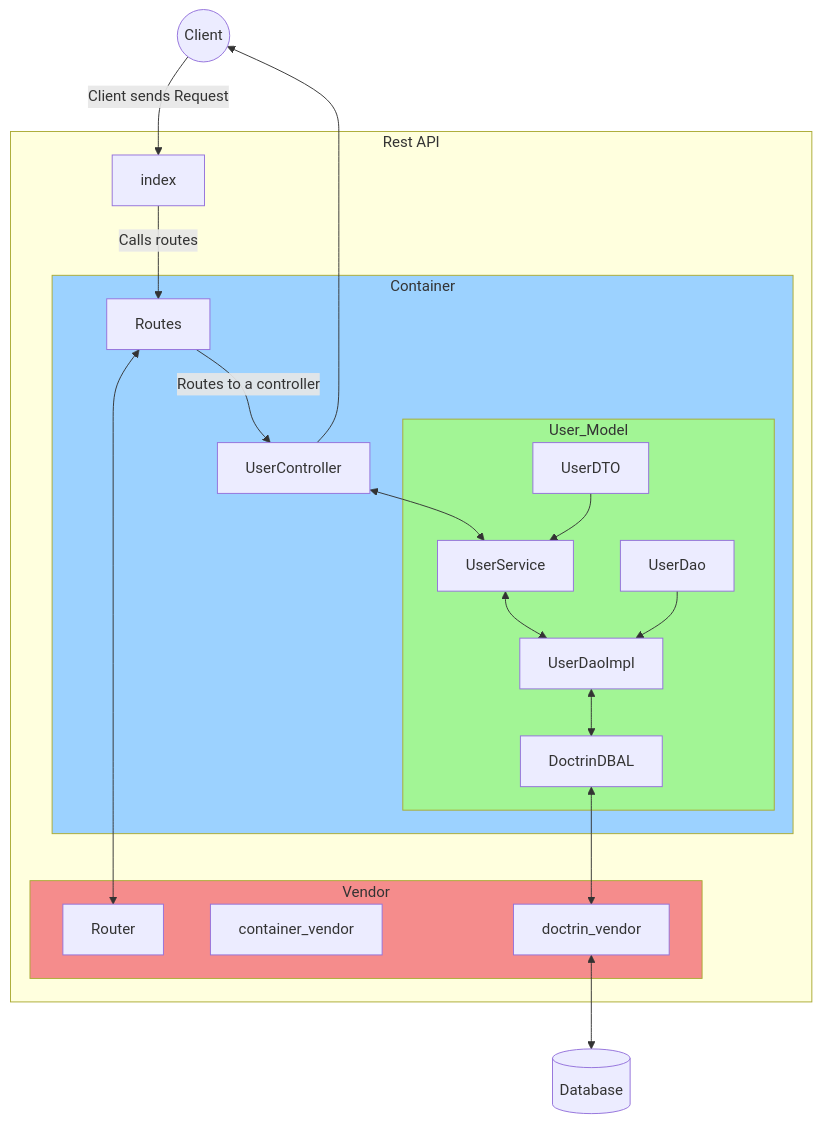
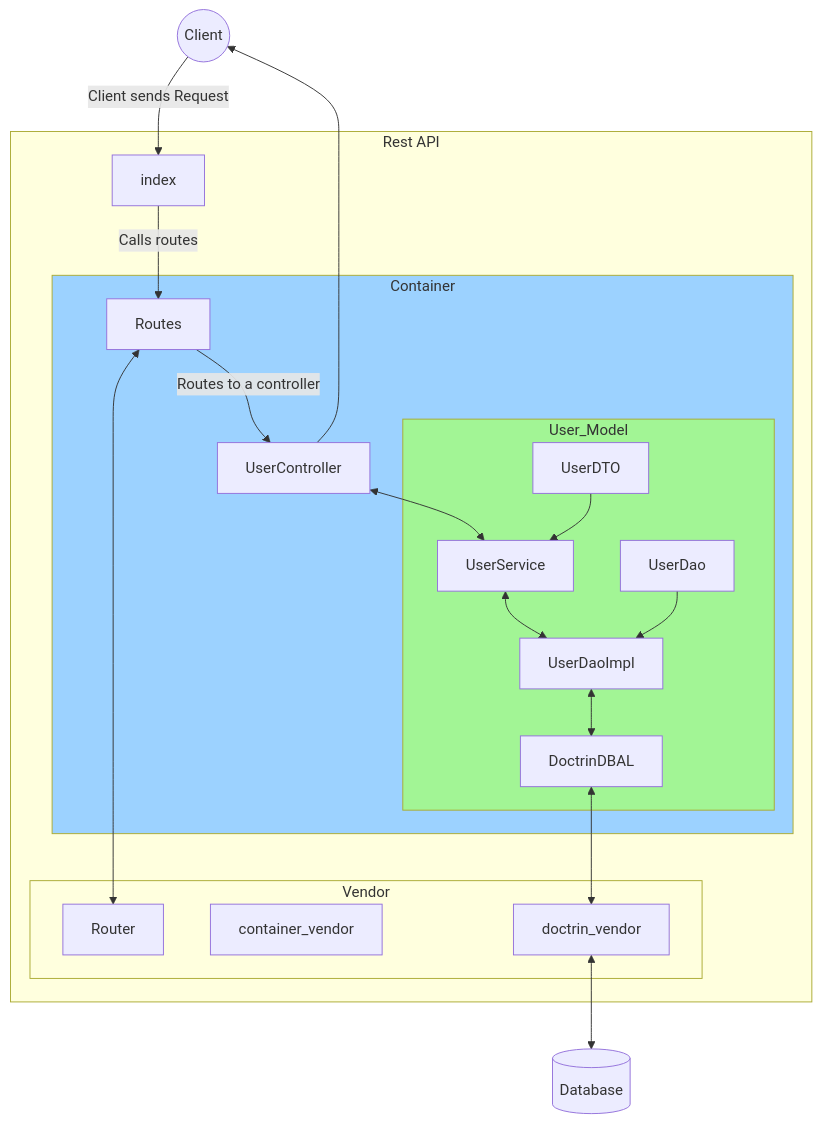
One commit to Patapataro/Patient-Rest-API changed the diagram in README.md. Above: the diagram before and after it, drawn with Mermaid.

Commit message:
Updated graph colors

````diff
--- a/README.md
+++ b/README.md
@@ -41,35 +41,34 @@
 ```mermaid
 flowchart  TD
 id2((Client)) --> |Client sends Request| index
 UserController --> id2
 
 subgraph Rest API
 	subgraph  id4[Container]
 		Routes --> |Routes to a controller |UserController 
 		UserController <--> UserService 
 		
 		subgraph  id3[User_Model]
 			UserDTO --> UserService
 			UserService <--> UserDaoImpl
 			UserDao --> UserDaoImpl
 			UserDaoImpl <--> DoctrinDBAL
 		end
 	end
 
-	subgraph  id5[Vendor]
+	subgraph id5[Vendor]
 		Router
 		container_vendor 
 		doctrin_vendor
 	end
 	
 	index --> |Calls routes| Routes
 	Routes <--> Router
 	DoctrinDBAL <--> doctrin_vendor
 	
 end
 	doctrin_vendor<--> id1[(Database)]
 
-	style id5 fill:#f58c8c
 	style id4 fill:#9cd2ff
 	style id3 fill:#a2f595
 ```
````
